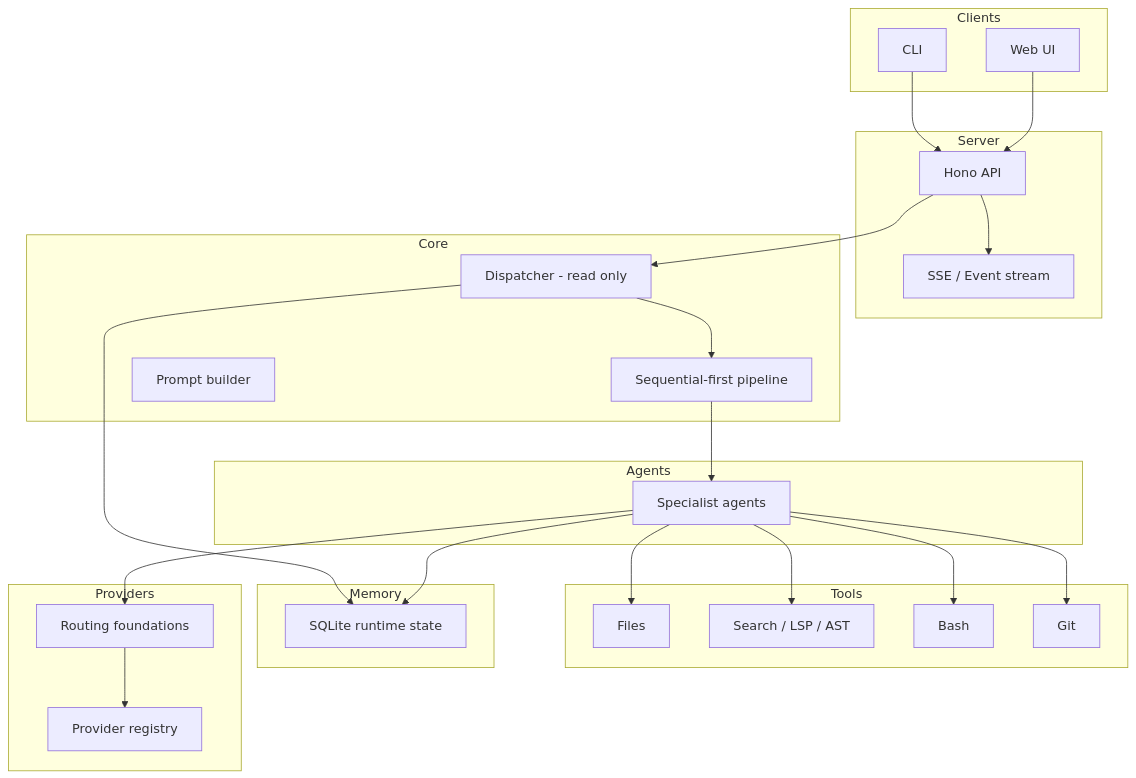
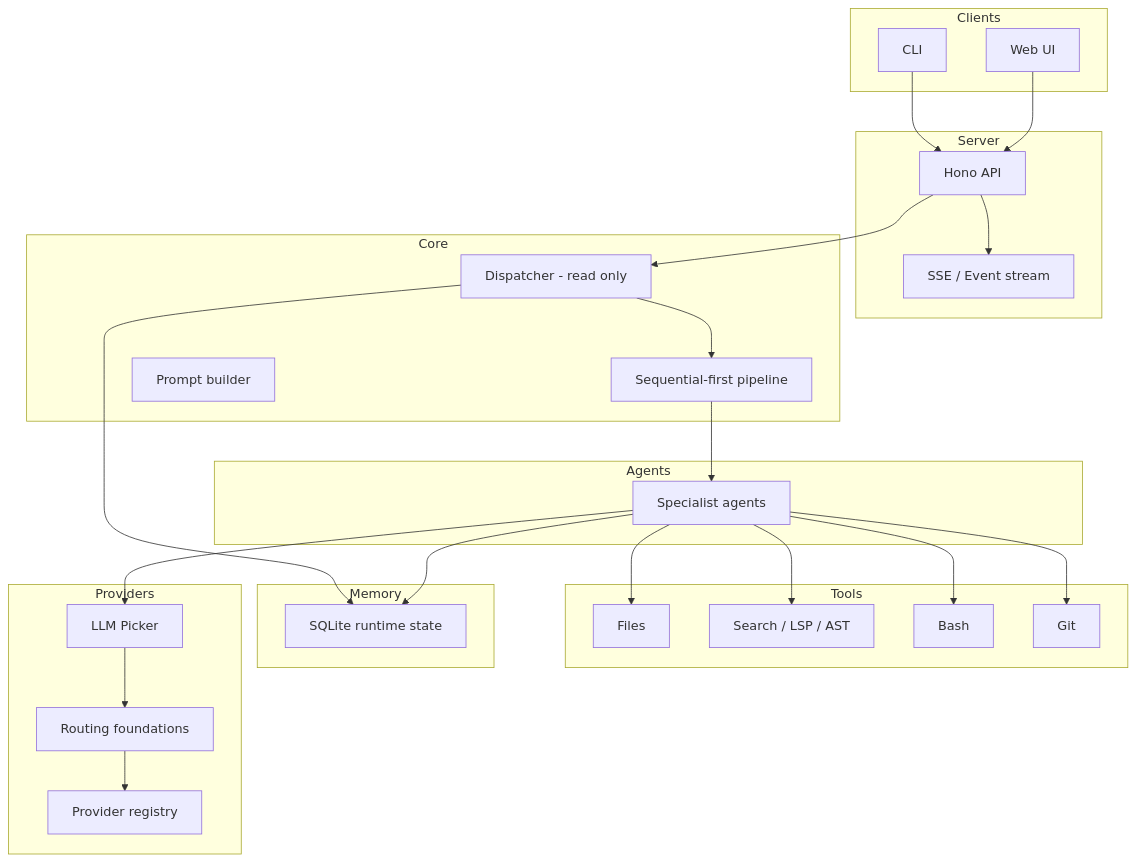
The diagram in README.md (radoxtech/diricode), drawn with Mermaid before and after one commit. The commit also changed other lines of this file and 7 other files, not shown here.

First line of the commit message:
docs: add llm picker roadmap (#438)

````diff
--- a/README.md
+++ b/README.md
@@ -97,53 +99,55 @@
 ```mermaid
 graph TD
     subgraph Clients
         CLI[CLI]
         Web[Web UI]
     end
 
     subgraph Server
         API[Hono API]
         SSE[SSE / Event stream]
     end
 
     subgraph Core
         Dispatcher[Dispatcher - read only]
         Pipeline[Sequential-first pipeline]
         Prompt[Prompt builder]
     end
 
     subgraph Agents
         Specialists[Specialist agents]
     end
 
     subgraph Tools
         Files[Files]
         Search[Search / LSP / AST]
         Bash[Bash]
         Git[Git]
     end
 
     subgraph Memory
         SQLite[SQLite runtime state]
     end
 
     subgraph Providers
         Registry[Provider registry]
+        Picker[LLM Picker]
         Router[Routing foundations]
     end
 
     CLI --> API
     Web --> API
     API --> SSE
     API --> Dispatcher
     Dispatcher --> Pipeline
     Pipeline --> Specialists
     Specialists --> Files
     Specialists --> Search
     Specialists --> Bash
     Specialists --> Git
     Dispatcher --> SQLite
     Specialists --> SQLite
-    Specialists --> Router
+    Specialists --> Picker
+    Picker --> Router
     Router --> Registry
 ```
````
